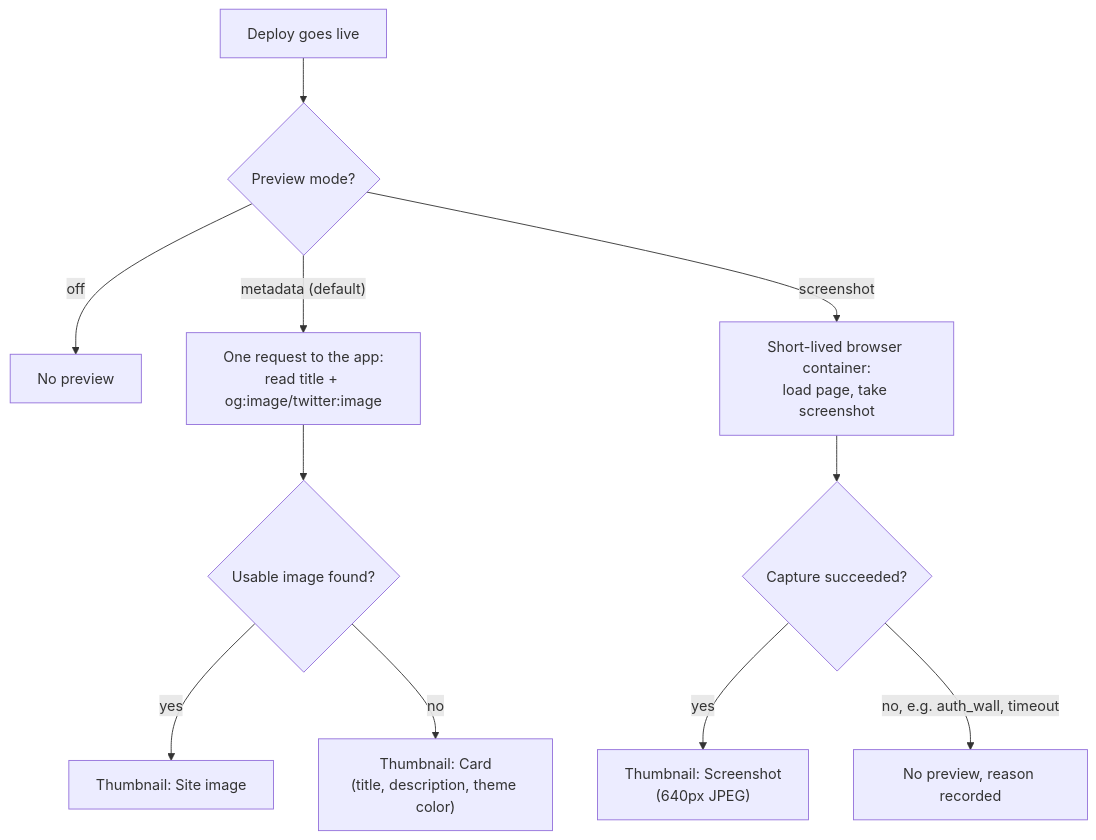
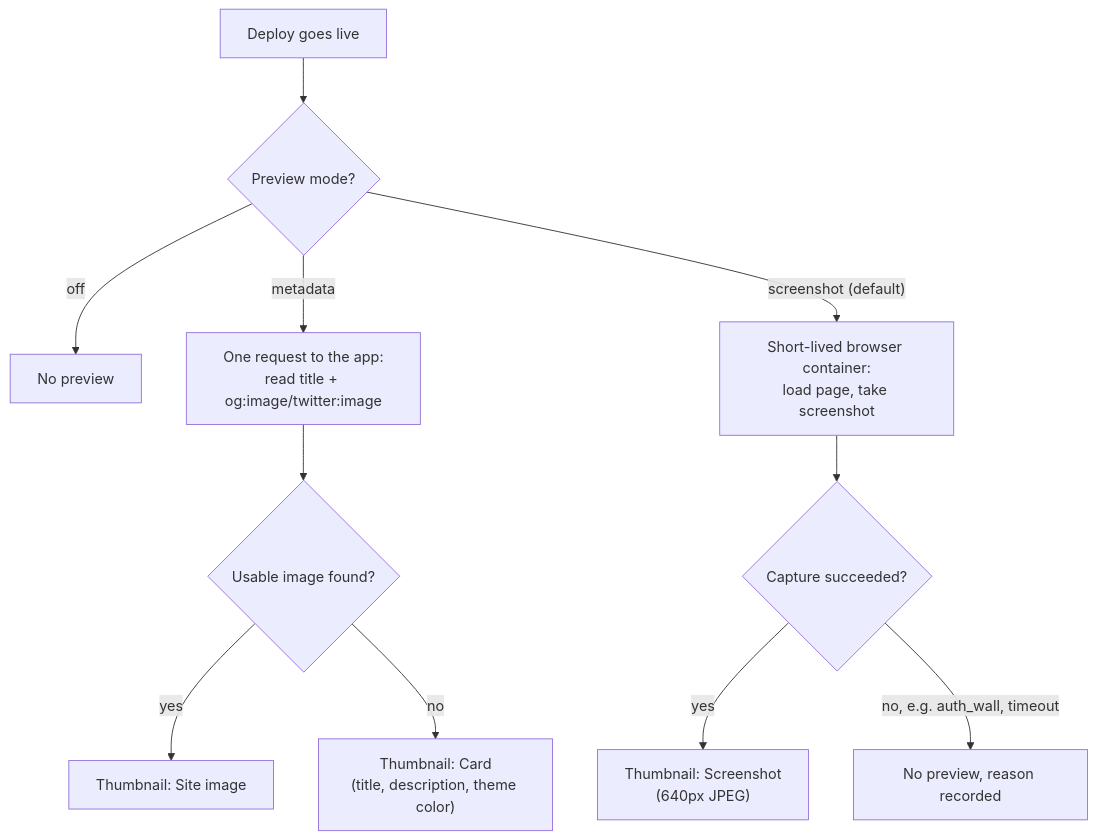
The diagram in docs/deploy-previews.md (glincker/levelrail), drawn with Mermaid before and after one commit. The commit also changed other lines of this file and 155 other files, not shown here.

````diff
--- a/docs/deploy-previews.md
+++ b/docs/deploy-previews.md
@@ -9,13 +9,13 @@
 ```mermaid
 flowchart TD
   Deploy["Deploy goes live"] --> Mode{"Preview mode?"}
   Mode -->|off| None["No preview"]
-  Mode -->|"metadata (default)"| Meta["One request to the app:<br/>read title + og:image/twitter:image"]
-  Mode -->|screenshot| Shot["Short-lived browser container:<br/>load page, take screenshot"]
+  Mode -->|metadata| Meta["One request to the app:<br/>read title + og:image/twitter:image"]
+  Mode -->|"screenshot (default)"| Shot["Short-lived browser container:<br/>load page, take screenshot"]
   Meta --> HasImg{"Usable image found?"}
   HasImg -->|yes| SiteImg["Thumbnail: Site image"]
   HasImg -->|no| Card["Thumbnail: Card<br/>(title, description, theme color)"]
   Shot --> ShotOk{"Capture succeeded?"}
   ShotOk -->|yes| Screenshot["Thumbnail: Screenshot<br/>(640px JPEG)"]
   ShotOk -->|no, e.g. auth_wall, timeout| Skipped["No preview, reason recorded"]
 ```
````
